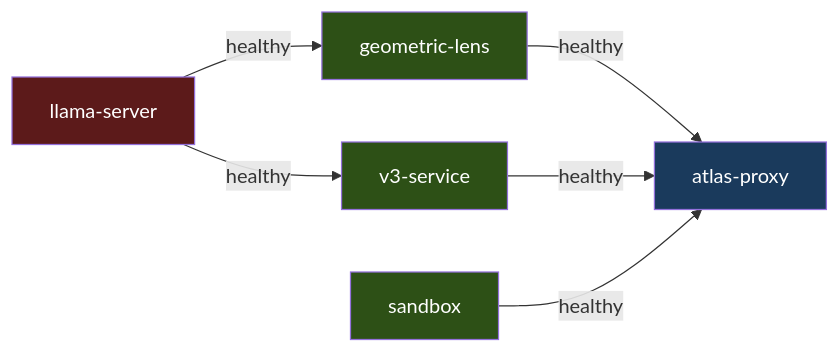
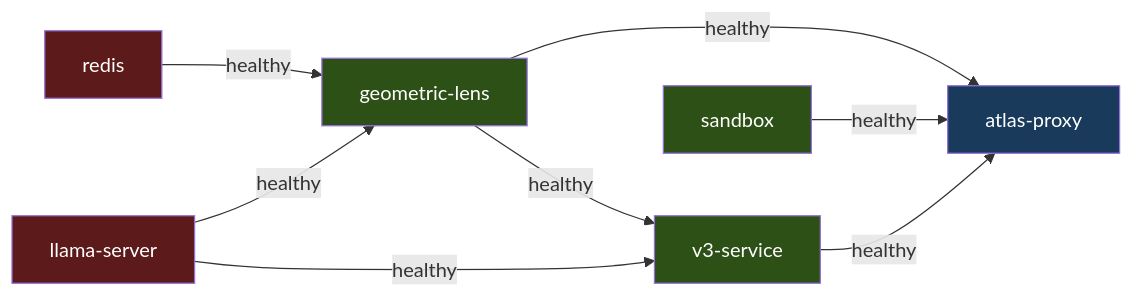
The tenth of 13 diagrams in docs/ARCHITECTURE.md (itigges22/ATLAS), drawn with Mermaid before and after one commit. The commit also changed other lines of this file and 21 other files, not shown here.

````diff
--- a/docs/ARCHITECTURE.md
+++ b/docs/ARCHITECTURE.md
@@ -586,12 +589,15 @@
 ```mermaid
 graph LR
-    LLM["llama-server"] -->|"healthy"| GL["geometric-lens"] -->|"healthy"| AP["atlas-proxy"]
+    RD["redis"] -->|"healthy"| GL["geometric-lens"]
+    LLM["llama-server"] -->|"healthy"| GL -->|"healthy"| AP["atlas-proxy"]
     LLM -->|"healthy"| V3["v3-service"] -->|"healthy"| AP
+    GL -->|"healthy"| V3
     SB["sandbox"] -->|"healthy"| AP
 
+    style RD fill:#5c1a1a,color:#fff
     style LLM fill:#5c1a1a,color:#fff
     style GL fill:#2d5016,color:#fff
     style V3 fill:#2d5016,color:#fff
     style SB fill:#2d5016,color:#fff
     style AP fill:#1a3a5c,color:#fff
 ```
````
